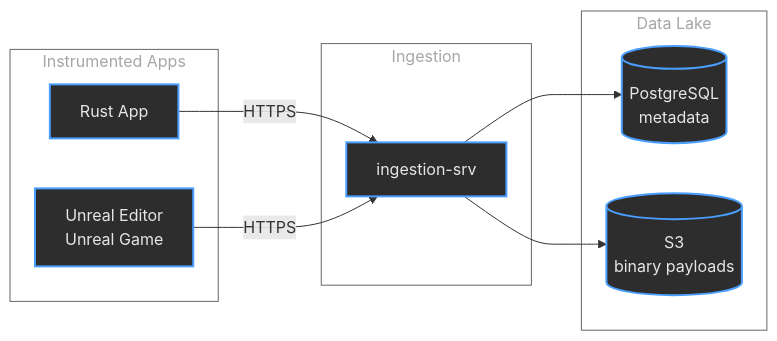
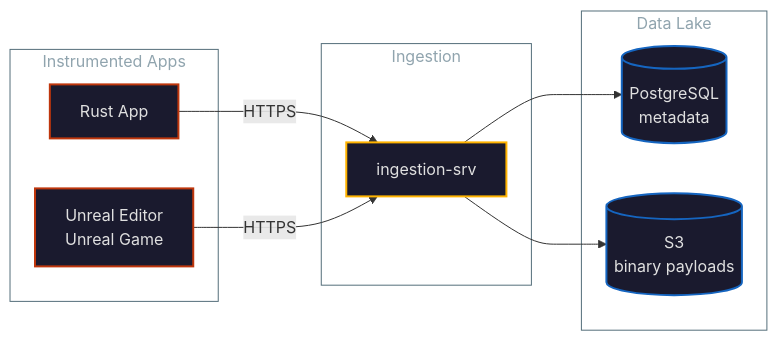
The first of 2 diagrams in doc/high-frequency-observability/src/slides/presentation.md (madesroches/micromegas), drawn with Mermaid before and after one commit. The commit also changed other lines of this file and 35 other files, not shown here.

````diff
--- a/doc/high-frequency-observability/src/slides/presentation.md
+++ b/doc/high-frequency-observability/src/slides/presentation.md
@@ -110,30 +110,30 @@
 ```mermaid
 graph LR
     subgraph Apps["Instrumented Apps"]
         Rust[Rust App]
         Unreal[Unreal Editor<br/>Unreal Game]
     end
 
     subgraph Ing["Ingestion"]
         Ingestion[ingestion-srv]
     end
 
     subgraph Lake["Data Lake"]
         PG[(PostgreSQL<br/>metadata)]
         S3[(S3<br/>binary payloads)]
     end
 
     Rust -->|HTTPS| Ingestion
     Unreal -->|HTTPS| Ingestion
     Ingestion --> PG
     Ingestion --> S3
 
-    style Rust fill:#2d2d2d,stroke:#4a9eff,stroke-width:2px,color:#e6e6e6
-    style Unreal fill:#2d2d2d,stroke:#4a9eff,stroke-width:2px,color:#e6e6e6
-    style Ingestion fill:#2d2d2d,stroke:#4a9eff,stroke-width:2px,color:#e6e6e6
-    style PG fill:#2d2d2d,stroke:#4a9eff,stroke-width:2px,color:#e6e6e6
-    style S3 fill:#2d2d2d,stroke:#4a9eff,stroke-width:2px,color:#e6e6e6
-    style Apps fill:none,stroke:#666,stroke-width:1px,color:#a6a6a6
-    style Ing fill:none,stroke:#666,stroke-width:1px,color:#a6a6a6
-    style Lake fill:none,stroke:#666,stroke-width:1px,color:#a6a6a6
+    style Rust fill:#1a1a2e,stroke:#bf360c,stroke-width:2px,color:#e0e0e0
+    style Unreal fill:#1a1a2e,stroke:#bf360c,stroke-width:2px,color:#e0e0e0
+    style Ingestion fill:#1a1a2e,stroke:#ffb300,stroke-width:2px,color:#e0e0e0
+    style PG fill:#1a1a2e,stroke:#1565c0,stroke-width:2px,color:#e0e0e0
+    style S3 fill:#1a1a2e,stroke:#1565c0,stroke-width:2px,color:#e0e0e0
+    style Apps fill:none,stroke:#546e7a,stroke-width:1px,color:#90a4ae
+    style Ing fill:none,stroke:#546e7a,stroke-width:1px,color:#90a4ae
+    style Lake fill:none,stroke:#546e7a,stroke-width:1px,color:#90a4ae
 ```
````
